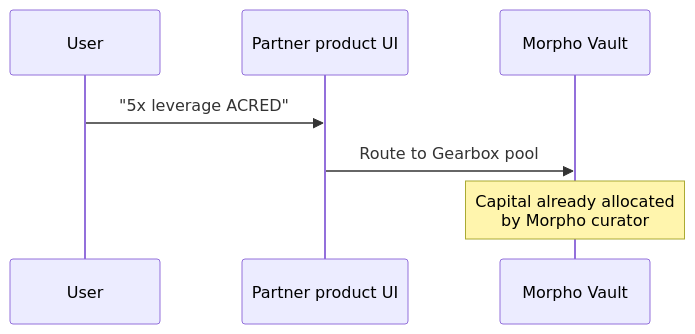
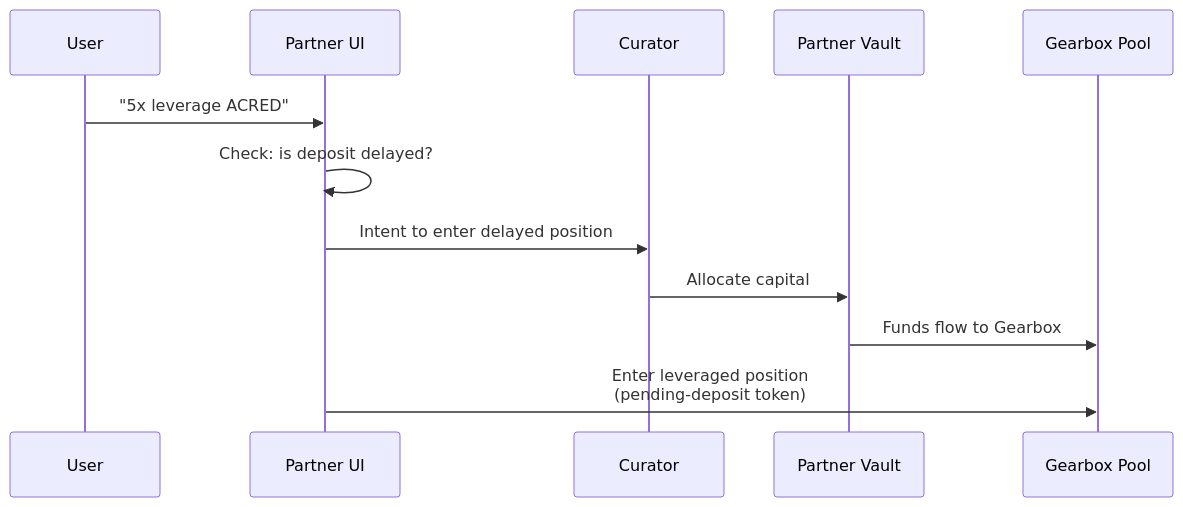
Before and after one commit to Gearbox-protocol/docs-knowledge: the third of 11 diagrams in reference/prime-brokerage-for-rwa-leverage.md, drawn with Mermaid. The commit also changed other lines of this file, not shown here.

````diff
--- a/reference/prime-brokerage-for-rwa-leverage.md
+++ b/reference/prime-brokerage-for-rwa-leverage.md
@@ -107,10 +143,15 @@
 ```mermaid
 sequenceDiagram
     participant U as User
-    participant UI as Partner product UI
-    participant V as Morpho Vault
+    participant UI as Partner UI
+    participant C as Curator
+    participant V as Partner Vault
+    participant GP as Gearbox Pool
     
     U->>UI: "5x leverage ACRED"
-    UI->>V: Route to Gearbox pool
-    Note over V: Capital already allocated<br/>by Morpho curator
+    UI->>UI: Check: is deposit delayed?
+    UI->>C: Intent to enter delayed position
+    C->>V: Allocate capital
+    V->>GP: Funds flow to Gearbox
+    UI->>GP: Enter leveraged position<br/>(pending-deposit token)
 ```
````
